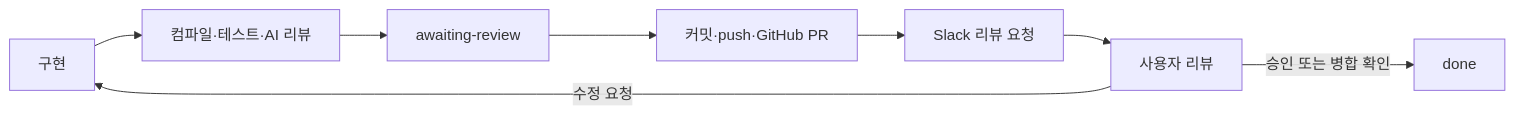
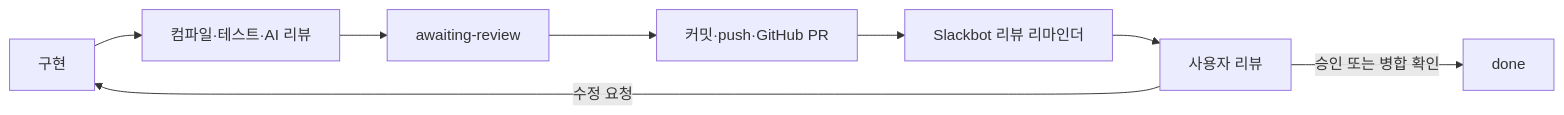
The diagram in .agents/skills/workflow_view/SKILL.md (Wanghyesung/ECS), drawn with Mermaid before and after one commit. The commit also changed other lines of this file and 25 other files, not shown here.

````diff
--- a/.agents/skills/workflow_view/SKILL.md
+++ b/.agents/skills/workflow_view/SKILL.md
@@ -166,10 +166,10 @@
 ```mermaid
 flowchart LR
     A[구현] --> B[컴파일·테스트·AI 리뷰]
     B --> C[awaiting-review]
     C --> D[커밋·push·GitHub PR]
-    D --> E[Slack 리뷰 요청]
+    D --> E[Slackbot 리뷰 리마인더]
     E --> F[사용자 리뷰]
     F -->|수정 요청| A
     F -->|승인 또는 병합 확인| G[done]
 ```
````
